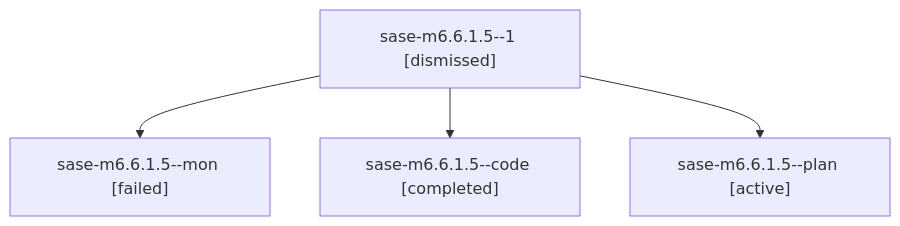
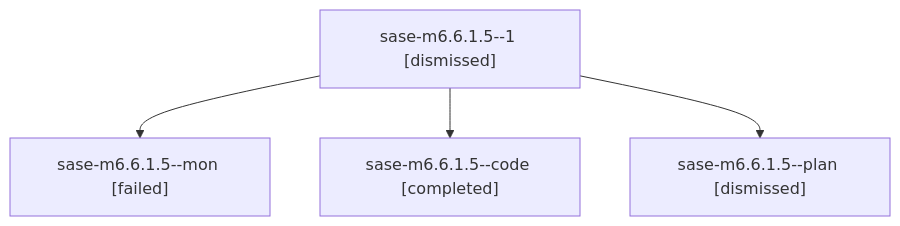
The diagram in sessions/bbugyi200.athena.sase-m6.6.1.5.md (sase-org/sase--agents), drawn with Mermaid before and after one commit. The commit also changed other lines of this file and 218 other files, not shown here.

````diff
--- a/sessions/bbugyi200.athena.sase-m6.6.1.5.md
+++ b/sessions/bbugyi200.athena.sase-m6.6.1.5.md
@@ -9,10 +9,10 @@
 ```mermaid
 flowchart TD
   n0["sase-m6.6.1.5--1 [dismissed]"]
   n1["sase-m6.6.1.5--mon [failed]"]
   n0 --> n1
   n2["sase-m6.6.1.5--code [completed]"]
   n0 --> n2
-  n3["sase-m6.6.1.5--plan [active]"]
+  n3["sase-m6.6.1.5--plan [dismissed]"]
   n0 --> n3
 ```
````
